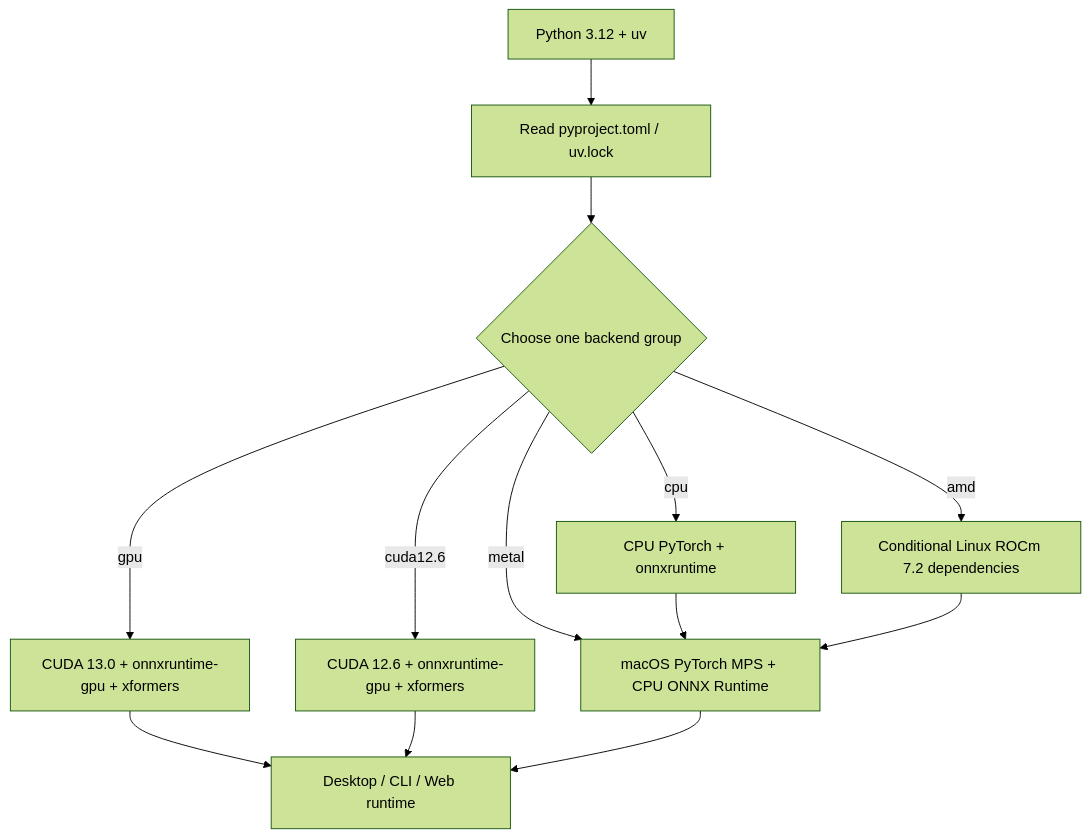
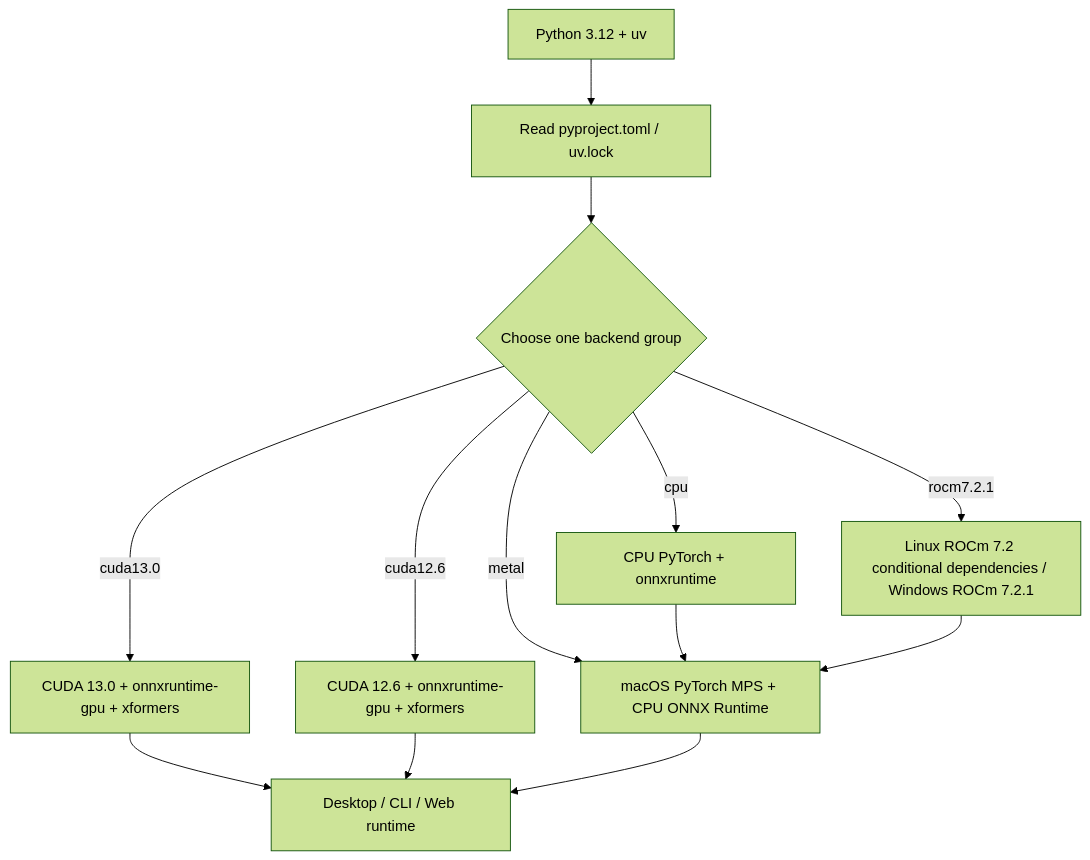
Before and after one commit to hgmzhn/manga-translator-ui: the diagram in doc/wiki/en/install/requirements.md, drawn with Mermaid (forest theme). The commit also changed other lines of this file and 30 other files, not shown here.

````diff
--- a/doc/wiki/en/install/requirements.md
+++ b/doc/wiki/en/install/requirements.md
@@ -66,15 +67,15 @@
 ```mermaid
 flowchart TD
     A["Python 3.12 + uv"] --> B["Read pyproject.toml / uv.lock"]
     B --> C{"Choose one backend group"}
-    C -->|gpu| D["CUDA 13.0 + onnxruntime-gpu + xformers"]
+    C -->|cuda13.0| D["CUDA 13.0 + onnxruntime-gpu + xformers"]
     C -->|cuda12.6| E["CUDA 12.6 + onnxruntime-gpu + xformers"]
     C -->|cpu| F["CPU PyTorch + onnxruntime"]
-    C -->|amd| G["Conditional Linux ROCm 7.2 dependencies"]
+    C -->|rocm7.2.1| G["Linux ROCm 7.2 conditional dependencies / Windows ROCm 7.2.1"]
     C -->|metal| H["macOS PyTorch MPS + CPU ONNX Runtime"]
     D --> I["Common runtime dependencies"]
     E --> I
     F --> H
     G --> H
     H --> I["Desktop / CLI / Web runtime"]
 ```
````
